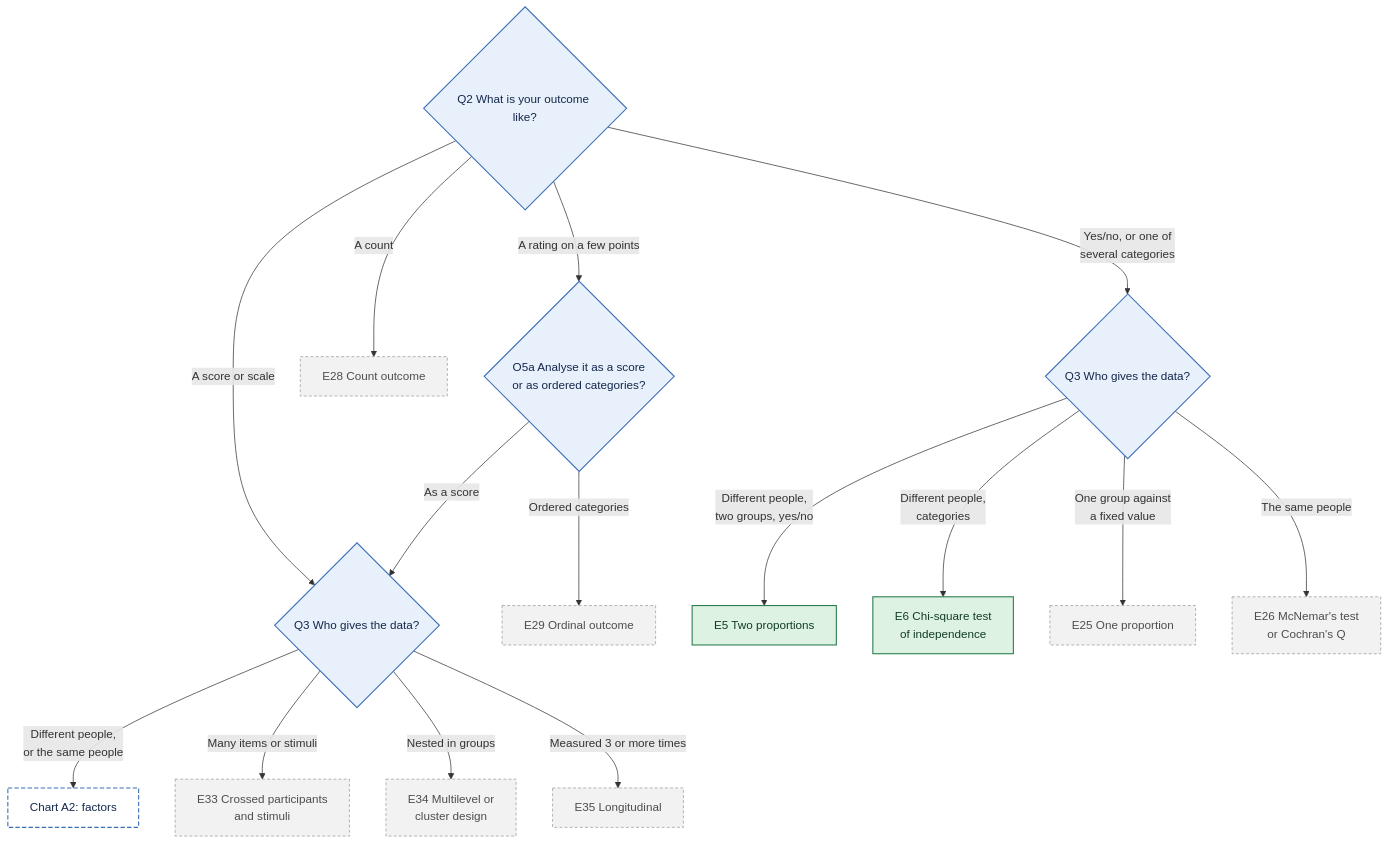
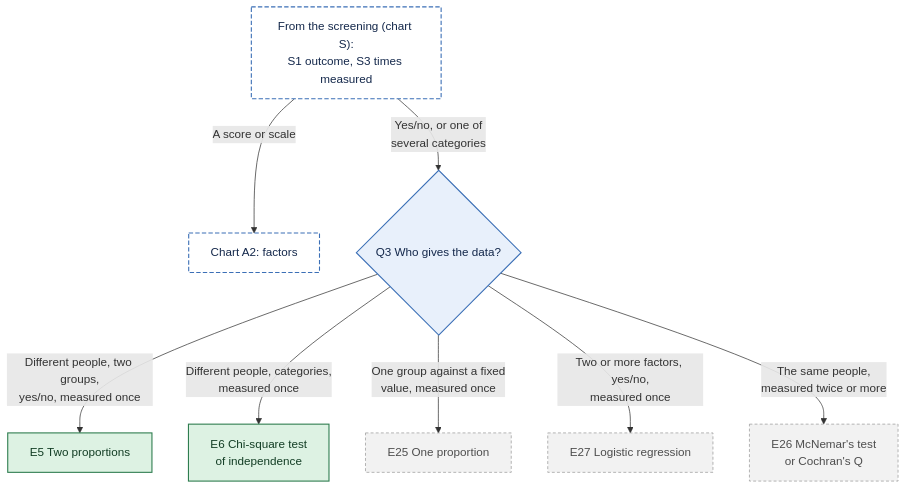
One commit to JoelThornton/Powerkit changed the diagram in docs/figures/decision-tree/A1-difference-outcome.mmd. Above: the diagram before and after it, drawn with Mermaid. The commit also changed 38 other files, not shown here.

```diff
--- a/docs/figures/decision-tree/A1-difference-outcome.mmd
+++ b/docs/figures/decision-tree/A1-difference-outcome.mmd
@@ -1,25 +1,18 @@
 flowchart TD
-  Q2{"Q2 What is your outcome like?"}
-  Q2 -->|A score or scale| Q3{"Q3 Who gives the data?"}
-  Q2 -->|A rating on a few points| O5a{"O5a Analyse it as a score<br/>or as ordered categories?"}
-  O5a -->|As a score| Q3
-  O5a -->|Ordered categories| E29["E29 Ordinal outcome"]
-  Q2 -->|A count| E28["E28 Count outcome"]
-  Q2 -->|Yes/no, or one of<br/>several categories| Q3y{"Q3 Who gives the data?"}
-  Q3y -->|Different people,<br/>two groups, yes/no| E5["E5 Two proportions"]
-  Q3y -->|Different people,<br/>categories| E6["E6 Chi-square test<br/>of independence"]
-  Q3y -->|One group against<br/>a fixed value| E25["E25 One proportion"]
-  Q3y -->|The same people| E26["E26 McNemar's test<br/>or Cochran's Q"]
-  Q3 -->|Different people,<br/>or the same people| A2["Chart A2: factors"]
-  Q3 -->|Many items or stimuli| E33["E33 Crossed participants<br/>and stimuli"]
-  Q3 -->|Nested in groups| E34["E34 Multilevel or<br/>cluster design"]
-  Q3 -->|Measured 3 or more times| E35["E35 Longitudinal"]
-  class Q2,O5a,Q3,Q3y q
+  S["From the screening (chart S):<br/>S1 outcome, S3 times measured"]
+  S -->|A score or scale| A2["Chart A2: factors"]
+  S -->|Yes/no, or one of<br/>several categories| Q3y{"Q3 Who gives the data?"}
+  Q3y -->|Different people, two groups,<br/>yes/no, measured once| E5["E5 Two proportions"]
+  Q3y -->|Different people, categories,<br/>measured once| E6["E6 Chi-square test<br/>of independence"]
+  Q3y -->|One group against a fixed<br/>value, measured once| E25["E25 One proportion"]
+  Q3y -->|Two or more factors, yes/no,<br/>measured once| E27["E27 Logistic regression"]
+  Q3y -->|The same people,<br/>measured twice or more| E26["E26 McNemar's test<br/>or Cochran's Q"]
+  class Q3y q
   class E5,E6 avail
-  class E25,E26,E28,E29,E33,E34,E35 later
-  class A2 jump
+  class E25,E26,E27 later
+  class S,A2 jump
   classDef q fill:#E8F0FB,stroke:#3B6FB6,color:#14284B,stroke-width:1.5px
   classDef avail fill:#DDF2E3,stroke:#2E7D4F,color:#123D24,stroke-width:1.5px
   classDef spec fill:#FFF0D1,stroke:#B97A00,color:#4A3200,stroke-width:1.5px
   classDef later fill:#F2F2F2,stroke:#9A9A9A,color:#4D4D4D,stroke-width:1px,stroke-dasharray:4 3
   classDef jump fill:#FFFFFF,stroke:#3B6FB6,color:#14284B,stroke-width:1.5px,stroke-dasharray:6 3
```
